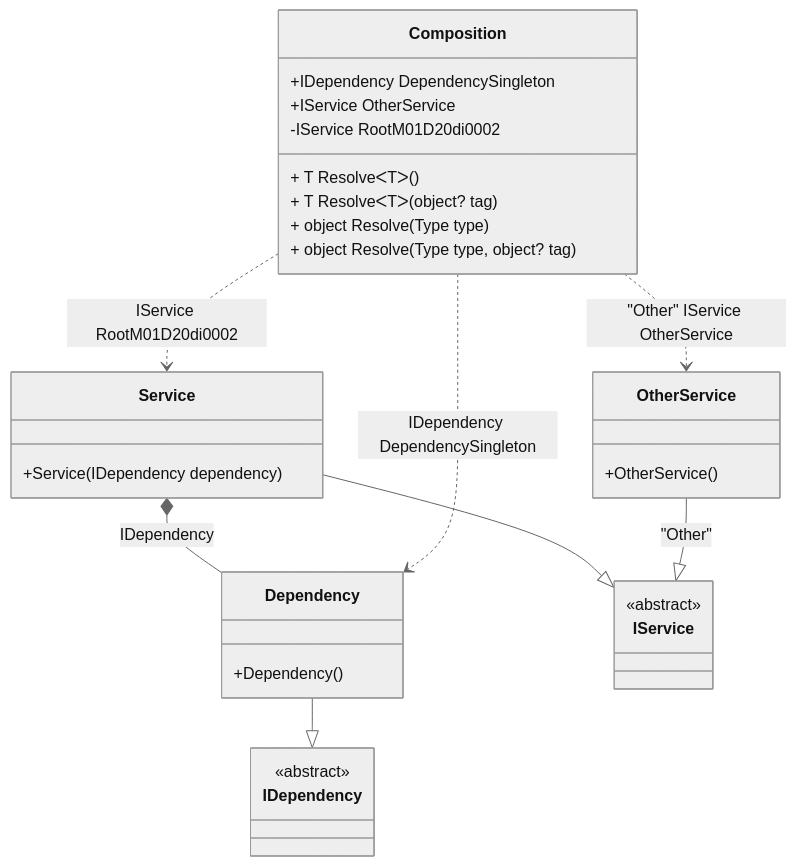
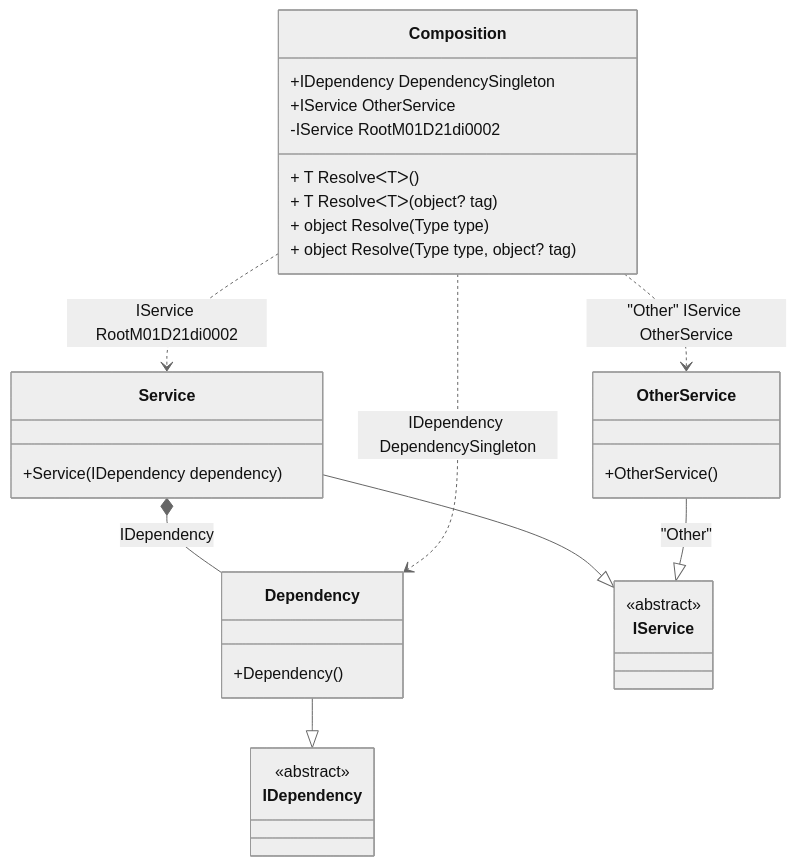
Before and after one commit to DevTeam/Pure.DI: the diagram in readme/resolve-methods.md, drawn with Mermaid (neutral theme). The commit also changed other lines of this file and 82 other files, not shown here.

````diff
--- a/readme/resolve-methods.md
+++ b/readme/resolve-methods.md
@@ -45,34 +45,34 @@
 ```mermaid
 classDiagram
   class Composition {
     +IDependency DependencySingleton
     +IService OtherService
-    -IService RootM01D20di0002
+    -IService RootM01D21di0002
     + T ResolveᐸTᐳ()
     + T ResolveᐸTᐳ(object? tag)
     + object Resolve(Type type)
     + object Resolve(Type type, object? tag)
   }
   Dependency --|> IDependency : 
   class Dependency {
     +Dependency()
   }
   Service --|> IService : 
   class Service {
     +Service(IDependency dependency)
   }
   OtherService --|> IService : "Other" 
   class OtherService {
     +OtherService()
   }
   class IDependency {
     <<abstract>>
   }
   class IService {
     <<abstract>>
   }
   Service *--  Dependency : IDependency
   Composition ..> Dependency : IDependency DependencySingleton
-  Composition ..> Service : IService RootM01D20di0002
+  Composition ..> Service : IService RootM01D21di0002
   Composition ..> OtherService : "Other" IService OtherService
 ```
````
